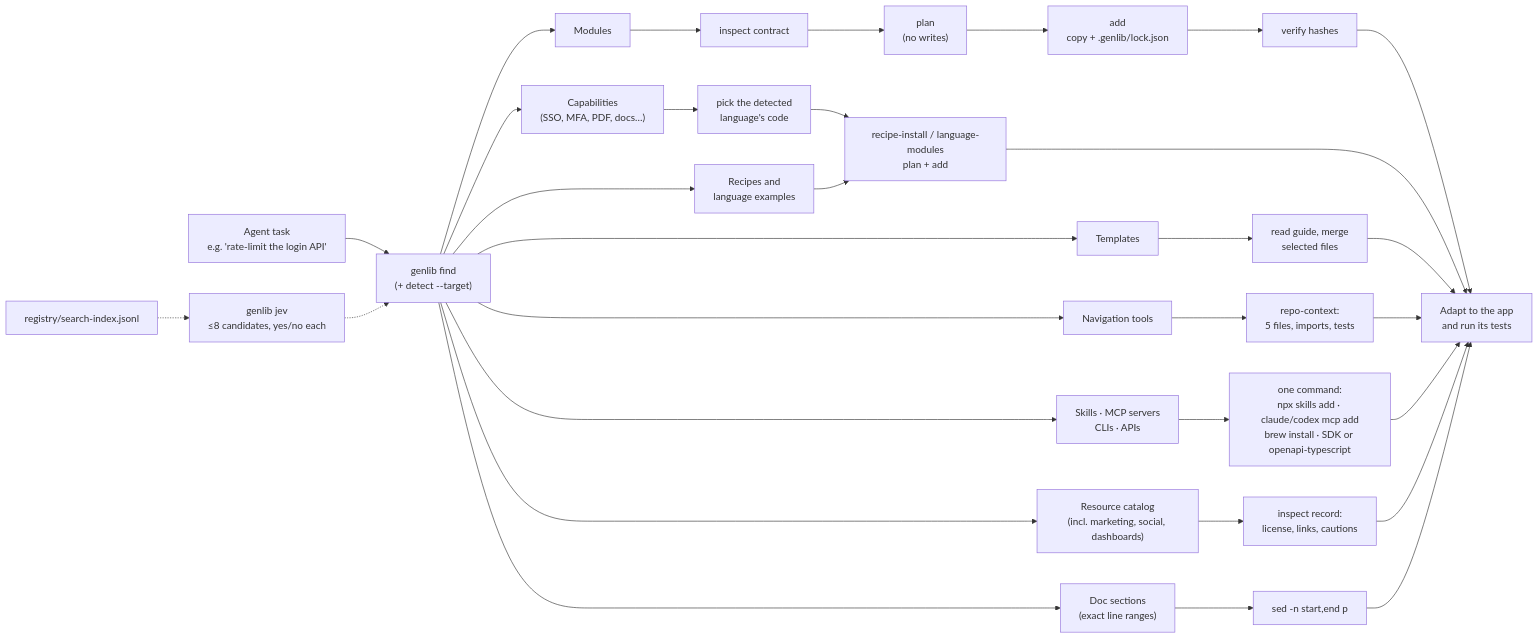
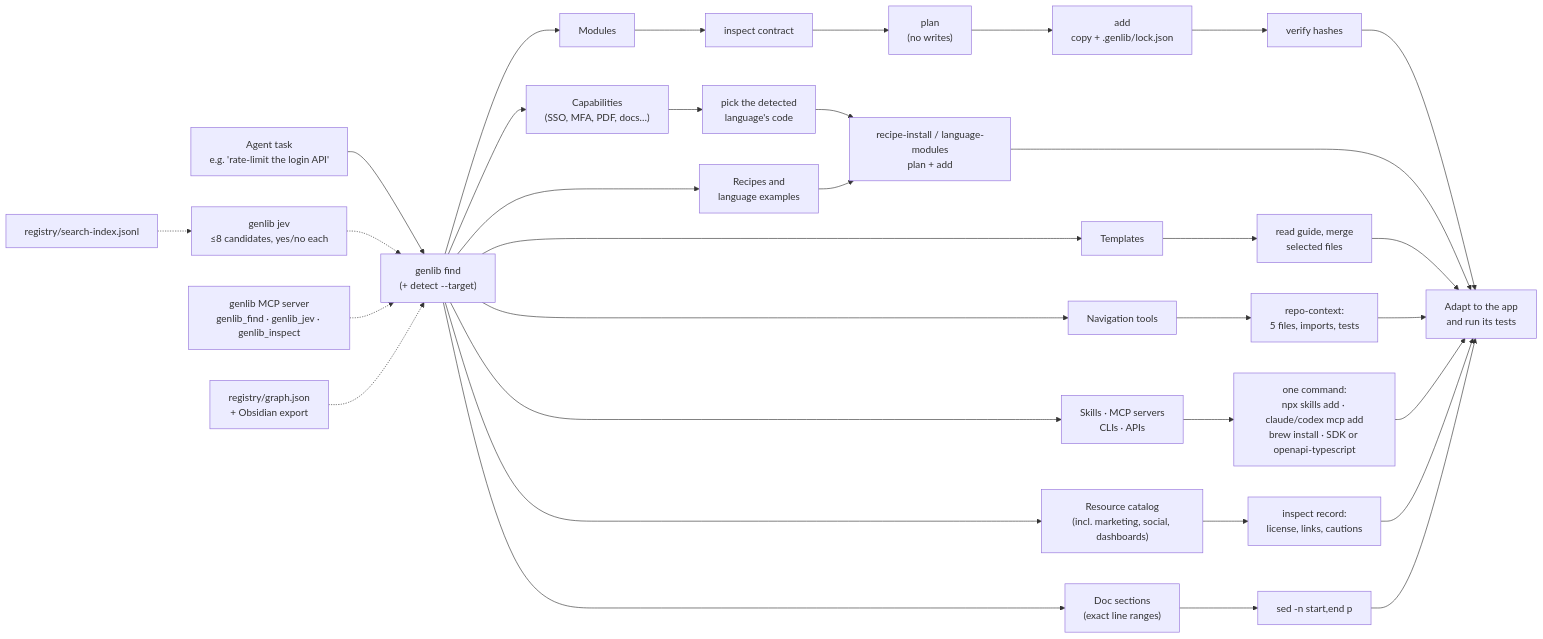
Before and after one commit to athompson83/genlib: the diagram in README.md, drawn with Mermaid. The commit also changed other lines of this file and 69 other files, not shown here.

First line of the commit message:
Add SEO files, structured data and UTM links in 9 languages; add MCP server, navigation graph and Obsidian export

````diff
--- a/README.md
+++ b/README.md
@@ -53,22 +54,24 @@
 ```mermaid
 flowchart LR
   Task["Agent task<br/>e.g. 'rate-limit the login API'"] --> Find["genlib find<br/>(+ detect --target)"]
   Find --> C["Capabilities<br/>(SSO, MFA, PDF, docs…)"]
   Find --> M["Modules"]
   Find --> R["Recipes and<br/>language examples"]
   Find --> T["Templates"]
   Find --> N["Navigation tools"]
   Find --> S["Skills · MCP servers<br/>CLIs · APIs"]
   Find --> X["Resource catalog<br/>(incl. marketing, social, dashboards)"]
   Find --> D["Doc sections<br/>(exact line ranges)"]
   Jev["genlib jev<br/>≤8 candidates, yes/no each"] -.-> Find
   Index["registry/search-index.jsonl"] -.-> Jev
+  MCP["genlib MCP server<br/>genlib_find · genlib_jev · genlib_inspect"] -.-> Find
+  Graph["registry/graph.json<br/>+ Obsidian export"] -.-> Find
   M --> Inspect["inspect contract"] --> Plan["plan<br/>(no writes)"] --> Add["add<br/>copy + .genlib/lock.json"] --> Verify["verify hashes"] --> App["Adapt to the app<br/>and run its tests"]
   C --> Lang["pick the detected<br/>language's code"] --> Copy
   R --> Copy["recipe-install / language-modules<br/>plan + add"] --> App
   T --> Merge["read guide, merge<br/>selected files"] --> App
   N --> Context["repo-context:<br/>5 files, imports, tests"] --> App
   S --> SkillAdd["one command:<br/>npx skills add · claude/codex mcp add<br/>brew install · SDK or openapi-typescript"] --> App
   X --> Adopt["inspect record:<br/>license, links, cautions"] --> App
   D --> Section["sed -n start,end p"] --> App
 ```
````
